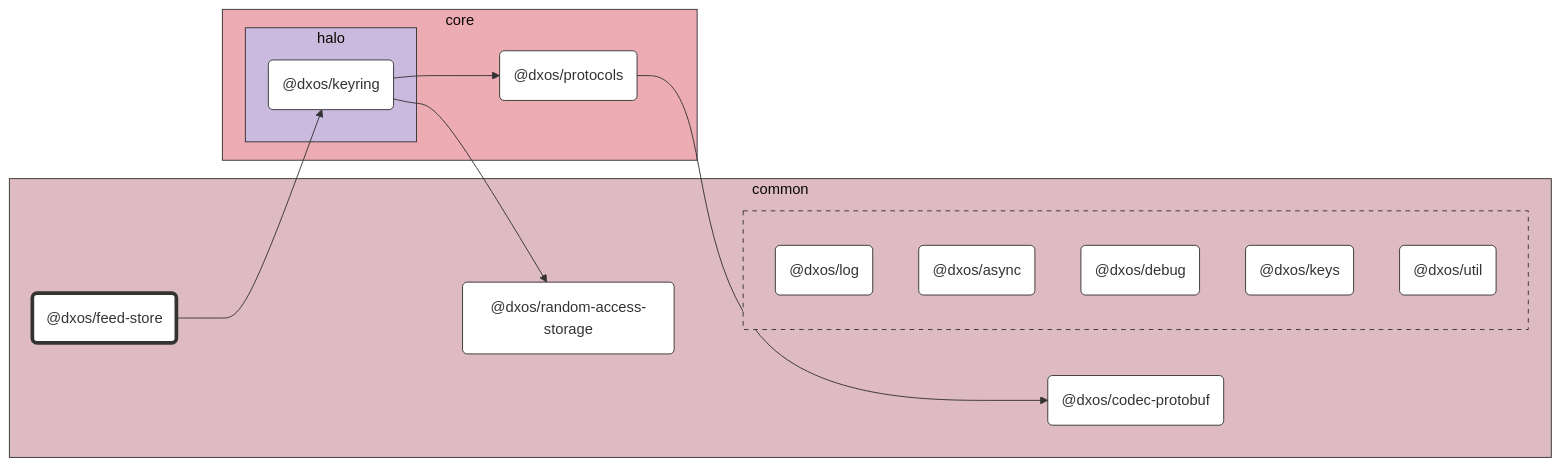
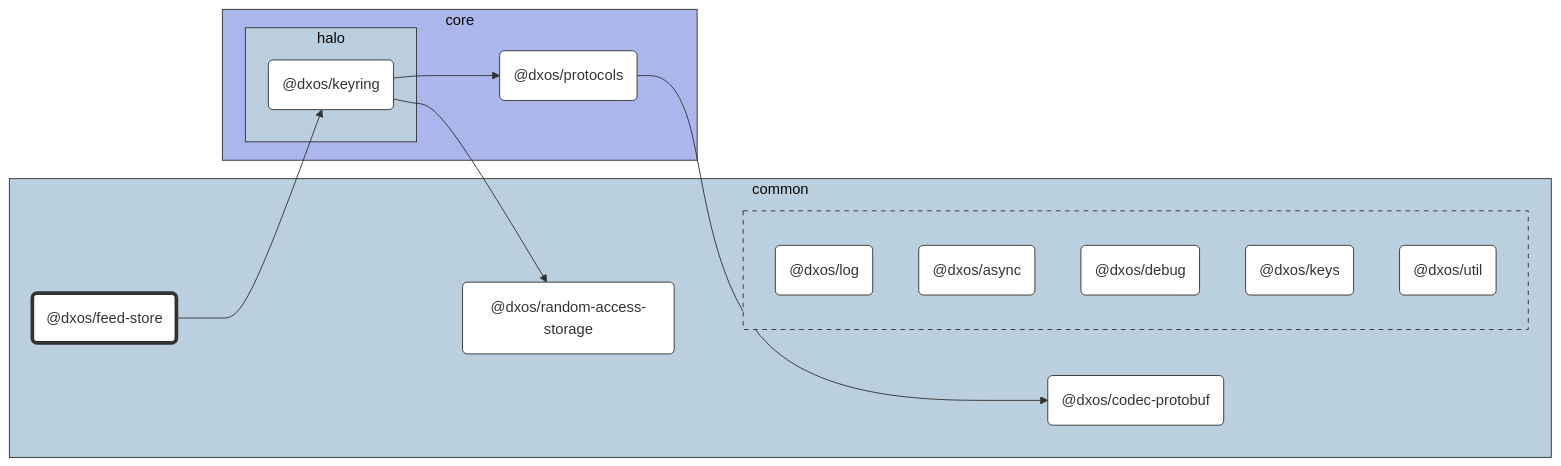
The diagram in packages/common/feed-store/docs/README.md (dxos/dxos), drawn with Mermaid (base theme) before and after one commit. The commit also changed 86 other files, not shown here.

````diff
--- a/packages/common/feed-store/docs/README.md
+++ b/packages/common/feed-store/docs/README.md
@@ -7,54 +7,54 @@
 ```mermaid
 %%{ init: {'flowchart':{'curve':'basis'}} }%%
 
 flowchart LR
 
 %% Classes
 classDef def fill:#fff,stroke:#333,stroke-width:1px
 classDef root fill:#fff,stroke:#333,stroke-width:4px
 
 %% Nodes
 
 subgraph common [common]
-  style common fill:#debac2,stroke:#333
+  style common fill:#bad0de,stroke:#333
   dxos/feed-store("@dxos/feed-store"):::root
   click dxos/feed-store "dxos/dxos/tree/main/packages/common/feed-store/docs"
   dxos/codec-protobuf("@dxos/codec-protobuf"):::def
   click dxos/codec-protobuf "dxos/dxos/tree/main/packages/common/codec-protobuf/docs"
   dxos/random-access-storage("@dxos/random-access-storage"):::def
   click dxos/random-access-storage "dxos/dxos/tree/main/packages/common/random-access-storage/docs"
 
   subgraph _ [ ]
-    style _ fill:#debac2,stroke:#333,stroke-dasharray:5 5
+    style _ fill:#bad0de,stroke:#333,stroke-dasharray:5 5
     dxos/log("@dxos/log"):::def
     click dxos/log "dxos/dxos/tree/main/packages/common/log/docs"
     dxos/async("@dxos/async"):::def
     click dxos/async "dxos/dxos/tree/main/packages/common/async/docs"
     dxos/debug("@dxos/debug"):::def
     click dxos/debug "dxos/dxos/tree/main/packages/common/debug/docs"
     dxos/keys("@dxos/keys"):::def
     click dxos/keys "dxos/dxos/tree/main/packages/common/keys/docs"
     dxos/util("@dxos/util"):::def
     click dxos/util "dxos/dxos/tree/main/packages/common/util/docs"
   end
 end
 
 subgraph core [core]
-  style core fill:#edabb3,stroke:#333
+  style core fill:#abb6ed,stroke:#333
   dxos/protocols("@dxos/protocols"):::def
   click dxos/protocols "dxos/dxos/tree/main/packages/core/protocols/docs"
 
   subgraph halo [halo]
-    style halo fill:#cabade,stroke:#333
+    style halo fill:#bacede,stroke:#333
     dxos/keyring("@dxos/keyring"):::def
     click dxos/keyring "dxos/dxos/tree/main/packages/core/halo/keyring/docs"
   end
 end
 
 %% Links
 linkStyle default stroke:#333,stroke-width:1px
 dxos/feed-store --> dxos/keyring
 dxos/keyring --> dxos/protocols
 dxos/protocols --> dxos/codec-protobuf
 dxos/keyring --> dxos/random-access-storage
 ```
````
